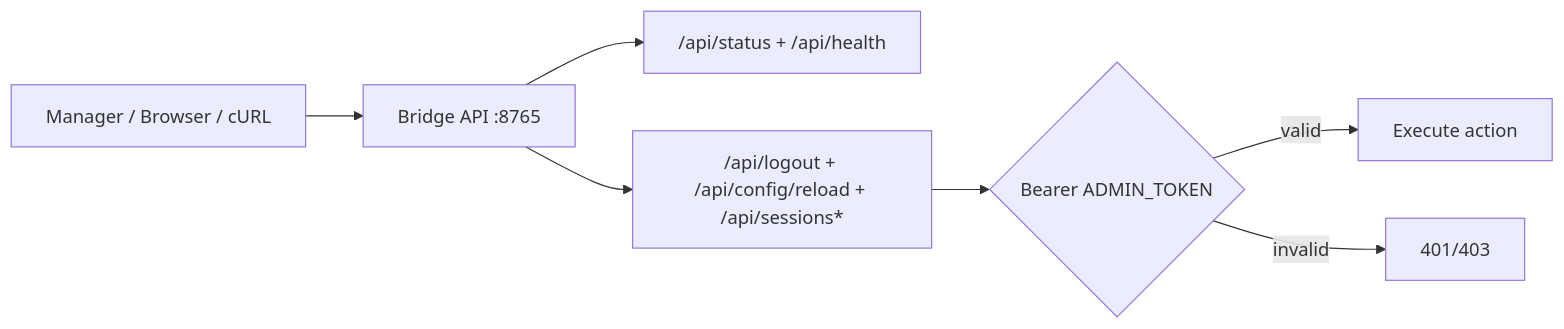
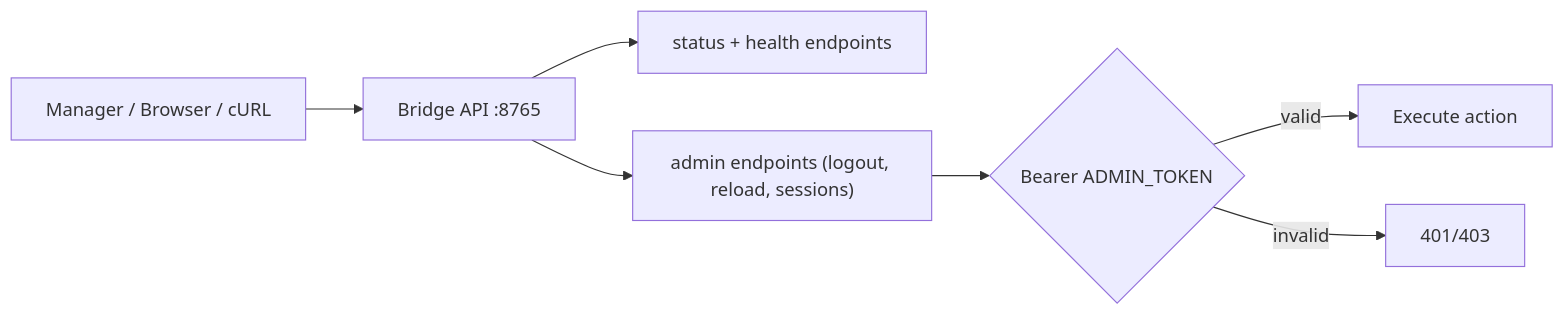
The diagram in docs/markdown/API_REFERENCE.md (Traves-Theberge/Fetch), drawn with Mermaid before and after one commit. The commit also changed other lines of this file and 24 other files, not shown here.

````diff
--- a/docs/markdown/API_REFERENCE.md
+++ b/docs/markdown/API_REFERENCE.md
@@ -11,9 +11,9 @@
 ```mermaid
 flowchart LR
     Client["Manager / Browser / cURL"] --> API["Bridge API :8765"]
-    API --> Status["/api/status + /api/health"]
-    API --> Admin["/api/logout + /api/config/reload + /api/sessions*"]
+    API --> Status["status + health endpoints"]
+    API --> Admin["admin endpoints (logout, reload, sessions)"]
     Admin --> Auth{"Bearer ADMIN_TOKEN"}
     Auth -->|valid| Actions["Execute action"]
     Auth -->|invalid| Reject["401/403"]
 ```
````
